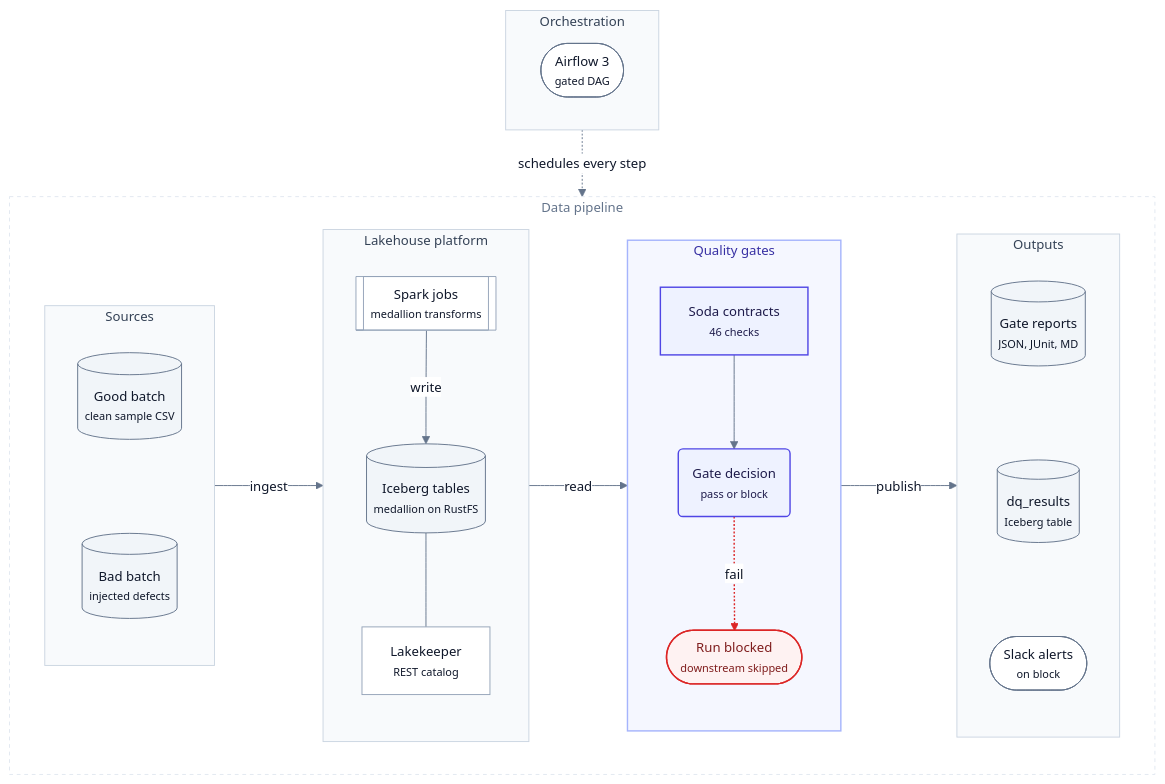
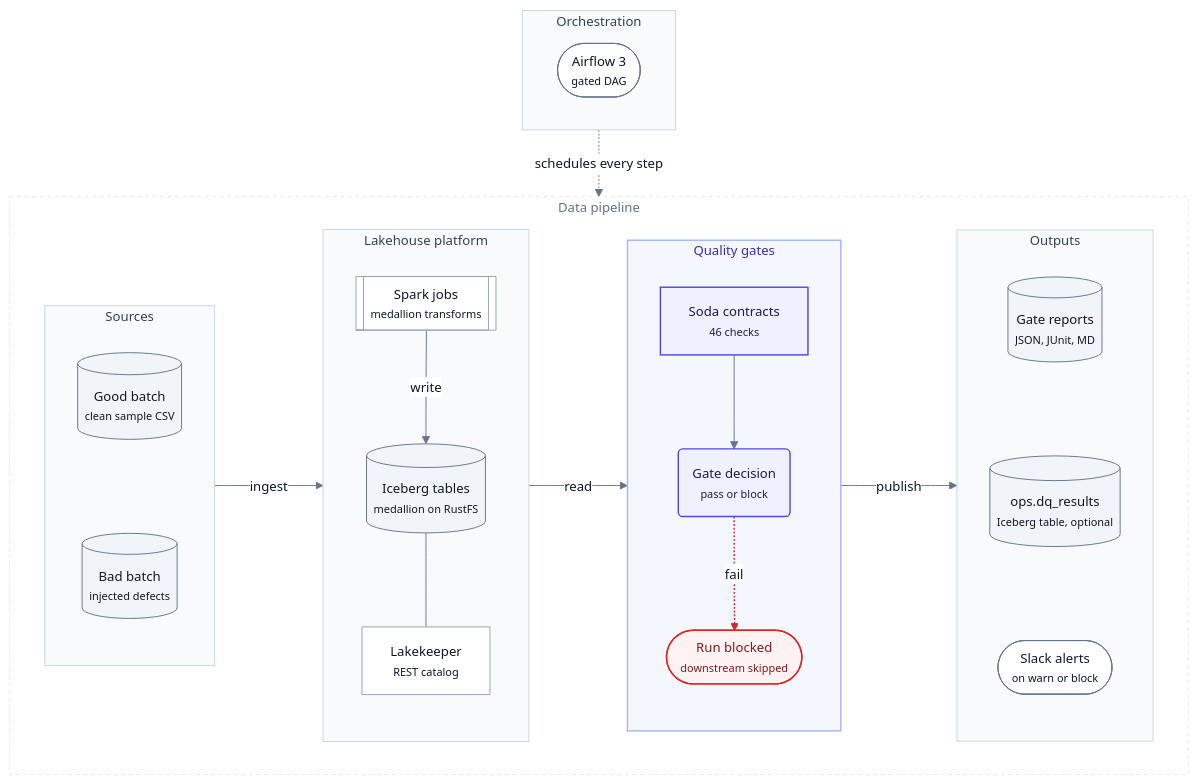
One commit to santoshshinde2012/lakehouse-quality-gates changed the diagram in README.md. Above: the diagram before and after it, drawn with Mermaid. The commit also changed other lines of this file and 48 other files, not shown here.

````diff
--- a/README.md
+++ b/README.md
@@ -62,61 +62,61 @@
 ```mermaid
 %%{init: {'theme':'base','themeVariables':{'fontFamily':'Inter, system-ui, -apple-system, Segoe UI, Helvetica, Arial, sans-serif','fontSize':'14px','primaryColor':'#ffffff','primaryTextColor':'#0f172a','primaryBorderColor':'#94a3b8','secondaryColor':'#f8fafc','tertiaryColor':'#f8fafc','lineColor':'#64748b','textColor':'#0f172a','clusterBkg':'#f8fafc','clusterBorder':'#cbd5e1','titleColor':'#334155','edgeLabelBackground':'#ffffff','noteBkgColor':'#f8fafc','noteTextColor':'#0f172a','noteBorderColor':'#cbd5e1','actorBkg':'#ffffff','actorBorder':'#94a3b8','actorTextColor':'#0f172a','actorLineColor':'#94a3b8','signalColor':'#475569','signalTextColor':'#0f172a','labelBoxBkgColor':'#f8fafc','labelBoxBorderColor':'#94a3b8','labelTextColor':'#0f172a','loopTextColor':'#0f172a','activationBkgColor':'#eef2ff','activationBorderColor':'#4f46e5','sequenceNumberColor':'#ffffff','classText':'#0f172a','xyChart':{'backgroundColor':'#ffffff','plotColorPalette':'#4f46e5, #d97706, #0d9488','titleColor':'#0f172a','xAxisLabelColor':'#334155','yAxisLabelColor':'#334155','xAxisLineColor':'#94a3b8','yAxisLineColor':'#94a3b8'}}}}%%
 %% Title: System architecture
 %% Purpose: Where the quality gates sit between the lakehouse layers and what they produce
 %% Last updated: 2026-10-13
 %% Theme: docs/diagrams/THEME.md (shared init line above). Edit here, then run: make diagrams
 flowchart TB
   subgraph ORCH["Orchestration"]
     direction LR
     AF(["Airflow 3<br/><small>gated DAG</small>"]):::actor
   end
   subgraph FLOW["Data pipeline"]
     direction LR
     subgraph SRC["Sources"]
       direction TB
       CSV[("Good batch<br/><small>clean sample CSV</small>")]:::store
       BAD[("Bad batch<br/><small>injected defects</small>")]:::store
       CSV ~~~ BAD
     end
     subgraph LAKE["Lakehouse platform"]
       direction TB
       JOB[["Spark jobs<br/><small>medallion transforms</small>"]]:::node
       TBL[("Iceberg tables<br/><small>medallion on RustFS</small>")]:::store
       CAT["Lakekeeper<br/><small>REST catalog</small>"]:::node
       JOB -->|write| TBL
       TBL --- CAT
     end
     subgraph DQ["Quality gates"]
       direction TB
       SODA["Soda contracts<br/><small>46 checks</small>"]:::ours
       GATE("Gate decision<br/><small>pass or block</small>"):::ours
       BLK(["Run blocked<br/><small>downstream skipped</small>"]):::blocked
       SODA --> GATE
       GATE -. fail .-> BLK
     end
     subgraph OUT["Outputs"]
       direction TB
       REP[("Gate reports<br/><small>JSON, JUnit, MD</small>")]:::store
-      DQR[("dq_results<br/><small>Iceberg table</small>")]:::store
-      SLK(["Slack alerts<br/><small>on block</small>"]):::actor
+      DQR[("ops.dq_results<br/><small>Iceberg table, optional</small>")]:::store
+      SLK(["Slack alerts<br/><small>on warn or block</small>"]):::actor
       REP ~~~ DQR ~~~ SLK
     end
     SRC -->|ingest| LAKE
     LAKE -->|read| DQ
     DQ -->|publish| OUT
   end
   ORCH -. schedules every step .-> FLOW
   classDef node fill:#ffffff,stroke:#94a3b8,stroke-width:1px,color:#0f172a
   classDef store fill:#f1f5f9,stroke:#64748b,stroke-width:1px,color:#0f172a
   classDef ours fill:#eef2ff,stroke:#4f46e5,stroke-width:1.5px,color:#1e1b4b
   classDef actor fill:#ffffff,stroke:#64748b,stroke-width:1px,color:#0f172a
   classDef blocked fill:#fef2f2,stroke:#dc2626,stroke-width:1.5px,color:#7f1d1d
   classDef pass fill:#f0fdf4,stroke:#16a34a,stroke-width:1.5px,color:#14532d
   style ORCH fill:#f8fafc,stroke:#cbd5e1,stroke-width:1px,color:#334155
   style FLOW fill:#ffffff,stroke:#e2e8f0,stroke-width:1px,stroke-dasharray:4 4,color:#64748b
   style SRC fill:#f8fafc,stroke:#cbd5e1,stroke-width:1px,color:#334155
   style LAKE fill:#f8fafc,stroke:#cbd5e1,stroke-width:1px,color:#334155
   style DQ fill:#f5f7ff,stroke:#a5b4fc,stroke-width:1.5px,color:#3730a3
   style OUT fill:#f8fafc,stroke:#cbd5e1,stroke-width:1px,color:#334155
   linkStyle 4 stroke:#dc2626,stroke-width:1.5px
 ```
````
